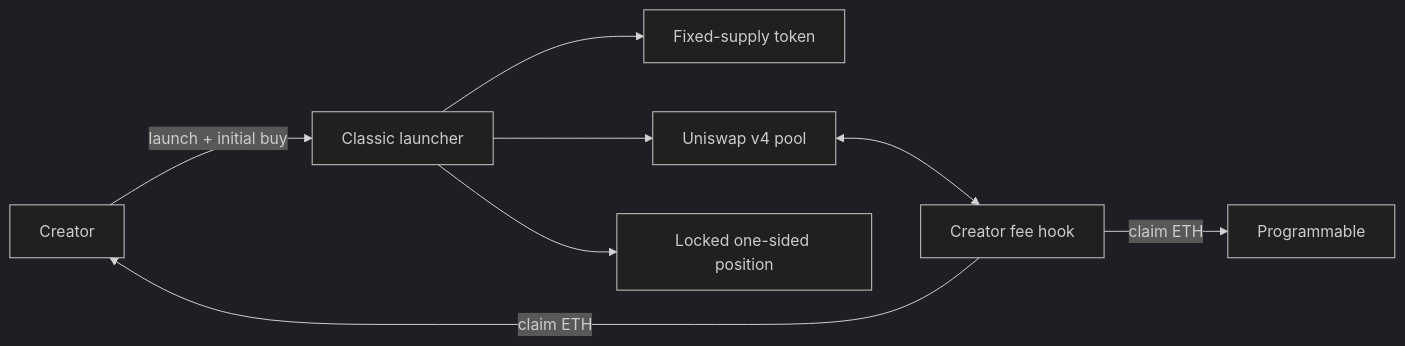
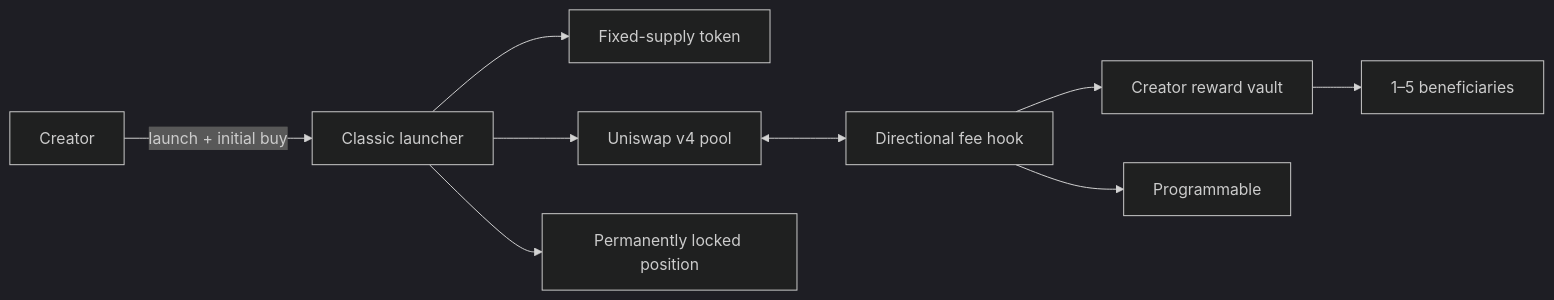
Before and after one commit to 0xprogrammable/PROGRAMMABLE: the diagram in models/classic/README.md, drawn with Mermaid (dark theme). The commit also changed other lines of this file and 13 other files, not shown here.

````diff
--- a/models/classic/README.md
+++ b/models/classic/README.md
@@ -18,10 +18,11 @@
 ```mermaid
 flowchart LR
     creator["Creator"] -->|"launch + initial buy"| launcher["Classic launcher"]
     launcher --> token["Fixed-supply token"]
     launcher --> pool["Uniswap v4 pool"]
-    launcher --> position["Locked one-sided position"]
-    pool <--> hook["Creator fee hook"]
-    hook -->|"claim ETH"| creator
-    hook -->|"claim ETH"| treasury["Programmable"]
+    launcher --> position["Permanently locked position"]
+    pool <--> hook["Directional fee hook"]
+    hook --> vault["Creator reward vault"]
+    vault --> beneficiaries["1–5 beneficiaries"]
+    hook --> treasury["Programmable"]
 ```
````
